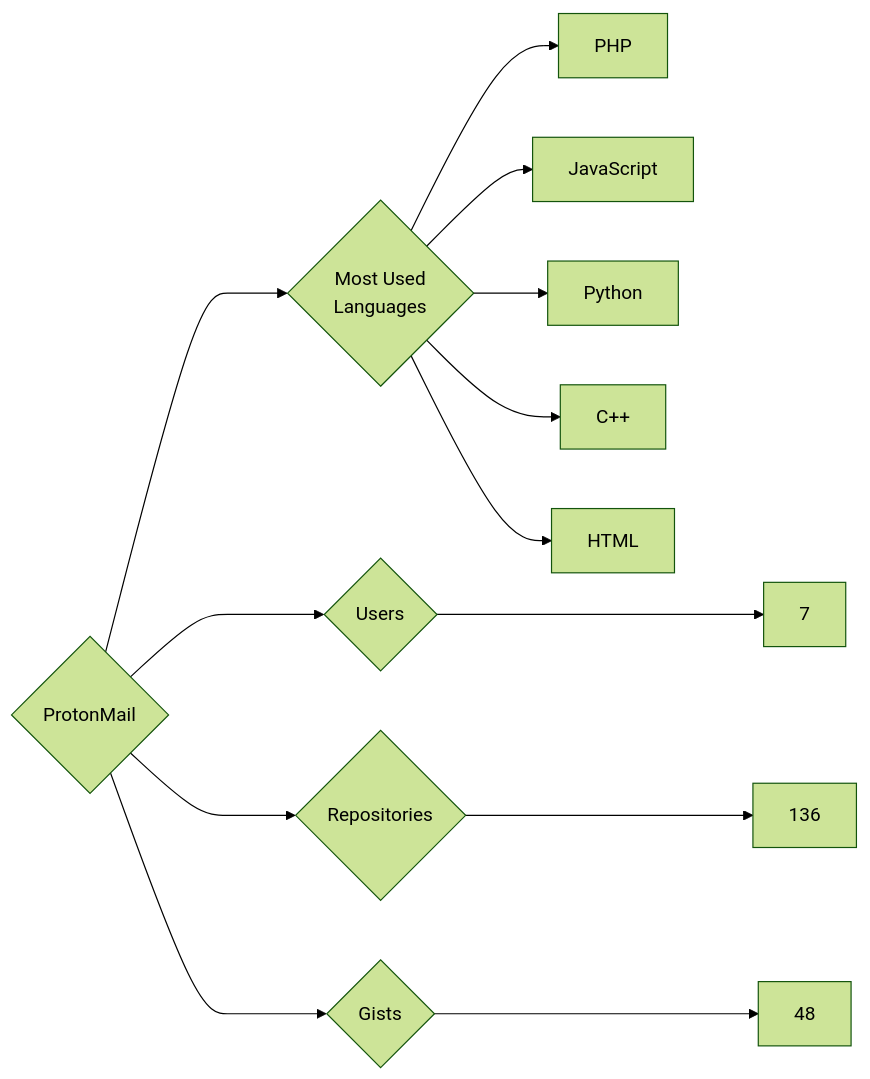
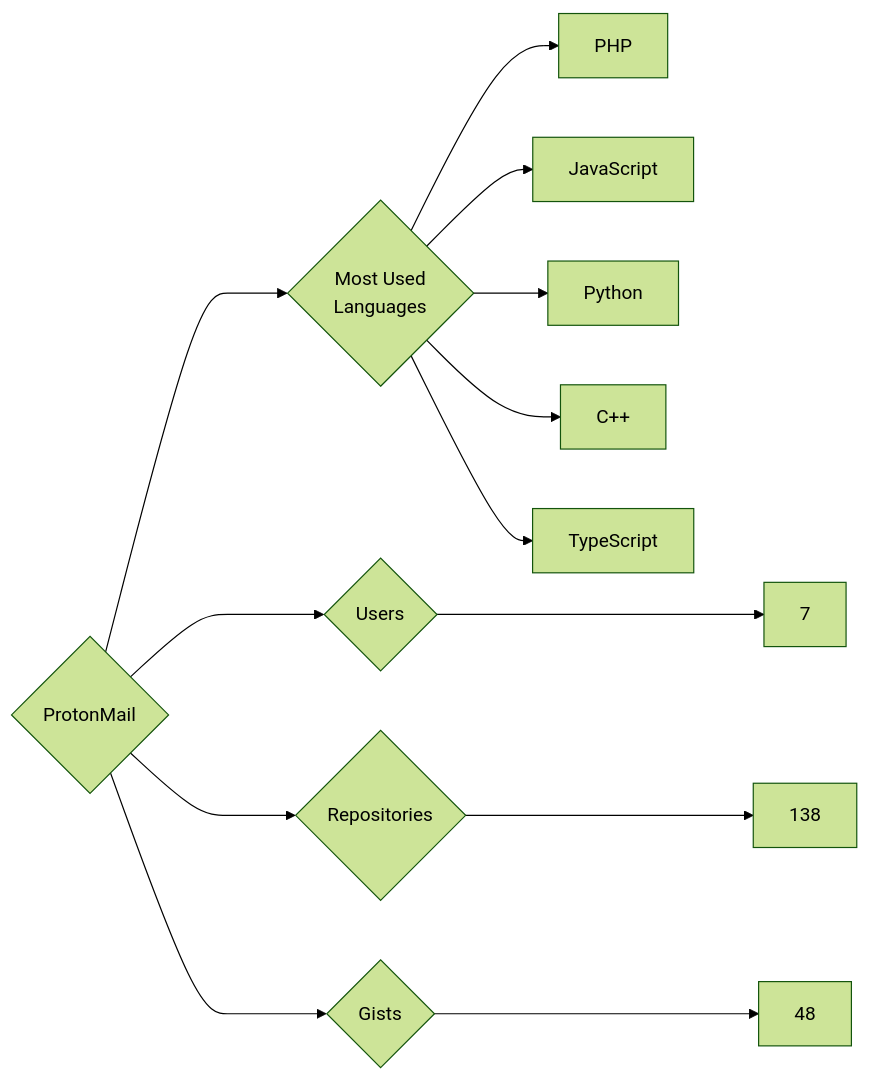
Before and after one commit to trickest/insiders: the diagram in targets/ProtonMail/README.md, drawn with Mermaid (forest theme). The commit also changed 797 other files, not shown here.

````diff
--- a/targets/ProtonMail/README.md
+++ b/targets/ProtonMail/README.md
@@ -3,13 +3,13 @@
 ```mermaid
 graph LR
 COMPANY_NAME{ProtonMail}
 COMPANY_NAME ---> U{Users} ---> UN[7]
-COMPANY_NAME ---> R{Repositories} ---> RN[136]
+COMPANY_NAME ---> R{Repositories} ---> RN[138]
 COMPANY_NAME ---> G{Gists} ---> GN[48]
 COMPANY_NAME ---> ML{Most Used<br>Languages}
 ML --> PHP[PHP]
 ML --> JavaScript[JavaScript]
 ML --> Python[Python]
 ML --> C++[C++]
-ML --> HTML[HTML]
+ML --> TypeScript[TypeScript]
 ```
````
